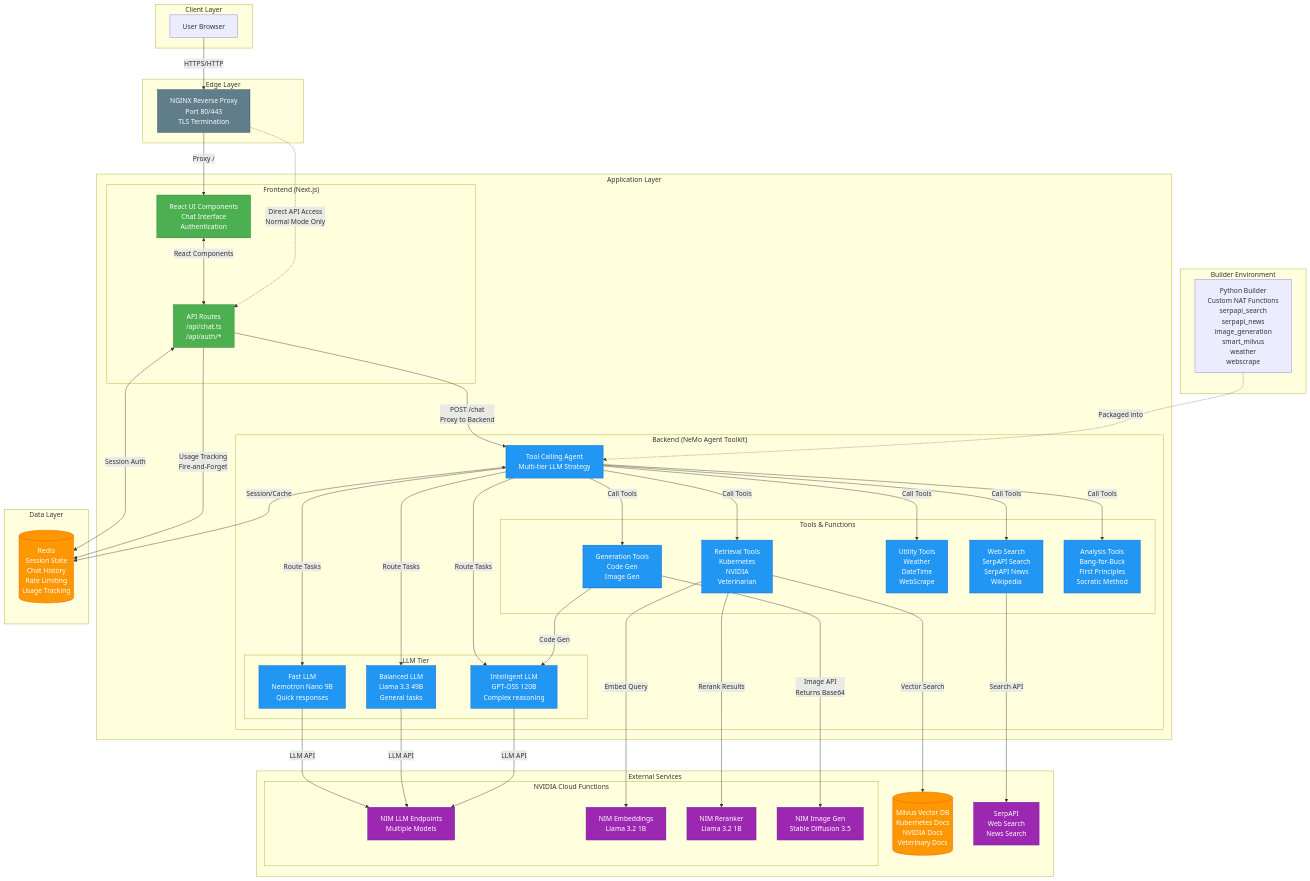
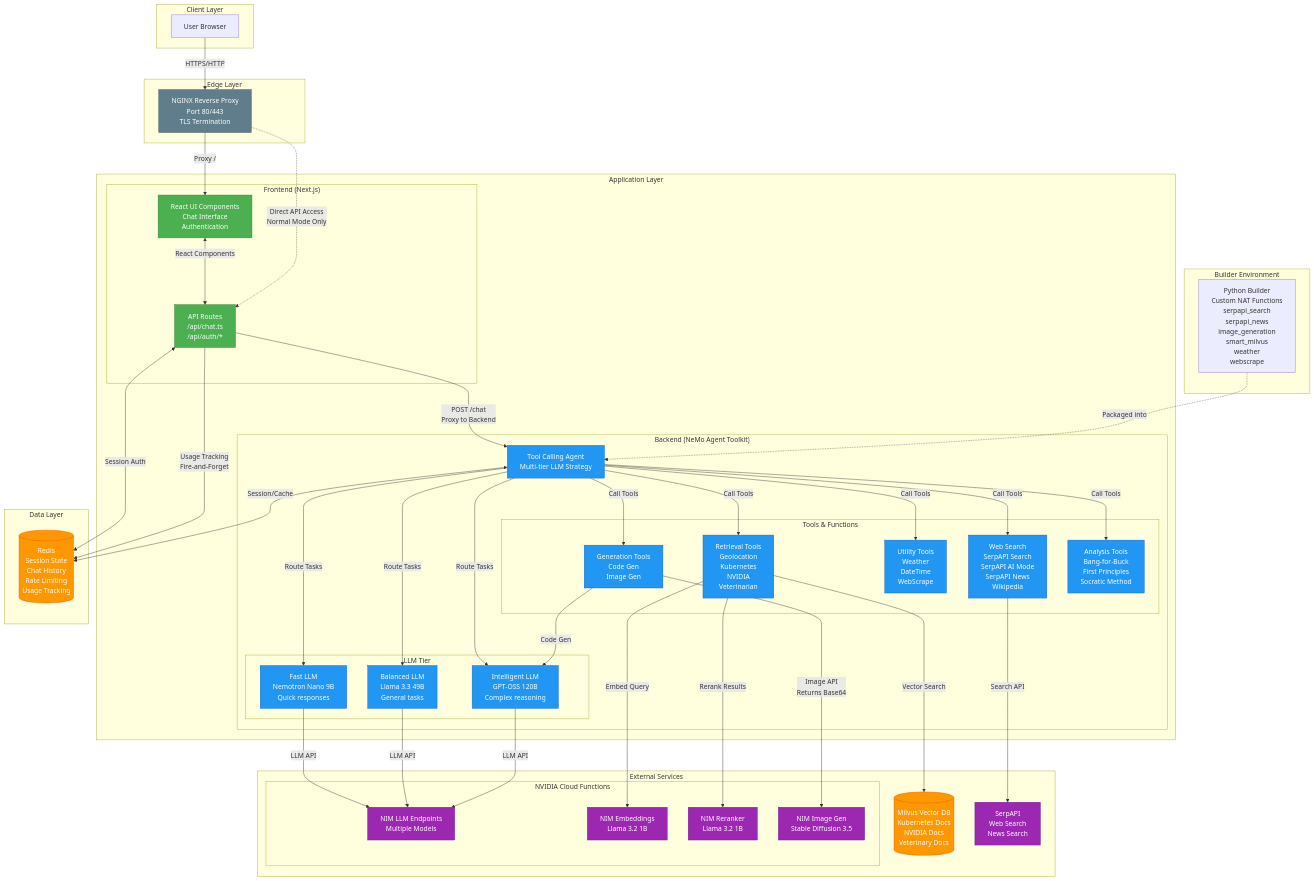
The first of 4 diagrams in ARCHITECTURE.md (tuttlebr/daedalus-agent), drawn with Mermaid before and after one commit. The commit also changed other lines of this file, not shown here.

```diff
--- a/ARCHITECTURE.md
+++ b/ARCHITECTURE.md
@@ -34,8 +34,8 @@
             end
 
             subgraph "Tools & Functions"
-                RETRIEVAL[Retrieval Tools<br/>Kubernetes<br/>NVIDIA<br/>Veterinarian]
-                SEARCH[Web Search<br/>SerpAPI Search<br/>SerpAPI News<br/>Wikipedia]
+                RETRIEVAL[Retrieval Tools<br/>Geolocation<br/>Kubernetes<br/>NVIDIA<br/>Veterinarian]
+                SEARCH[Web Search<br/>SerpAPI Search<br/>SerpAPI AI Mode<br/>SerpAPI News<br/>Wikipedia]
                 UTILITY[Utility Tools<br/>Weather<br/>DateTime<br/>WebScrape]
                 GENERATION[Generation Tools<br/>Code Gen<br/>Image Gen]
                 ANALYSIS[Analysis Tools<br/>Bang-for-Buck<br/>First Principles<br/>Socratic Method]
```
